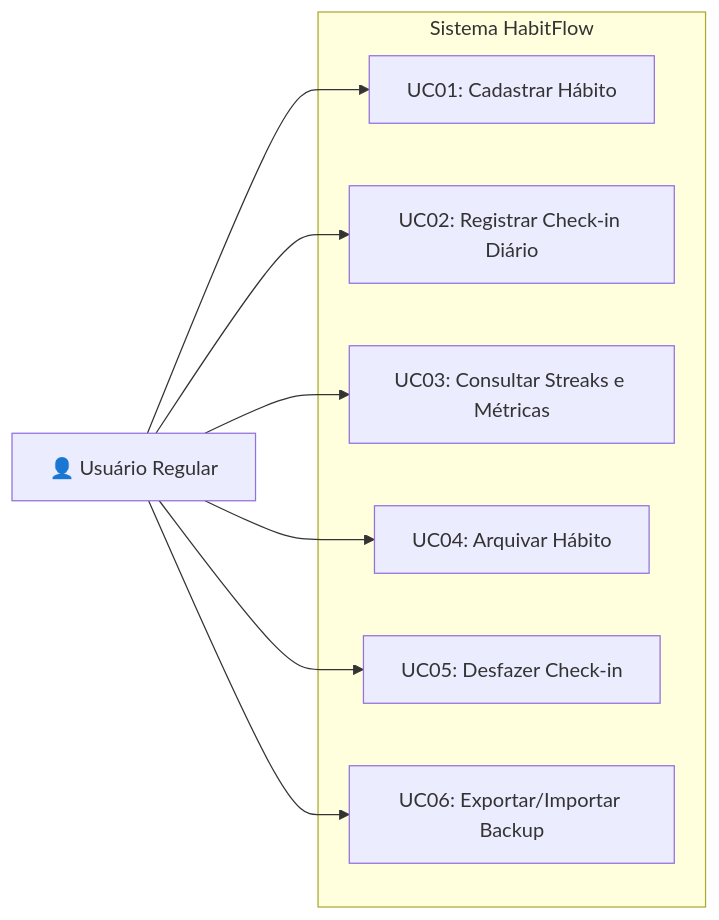
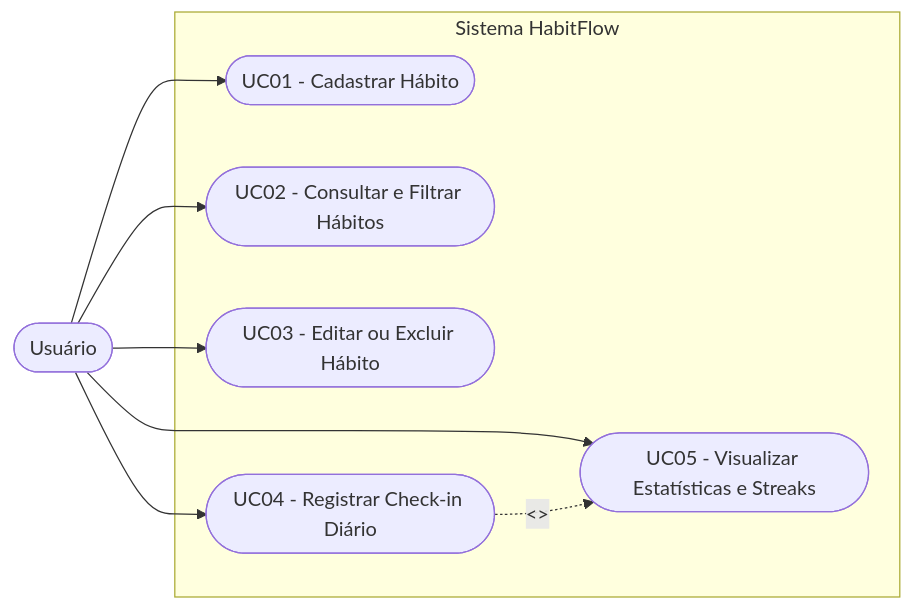
The diagram in docs/casos-de-uso.md (gabresantts/habitflow), drawn with Mermaid before and after one commit. The commit also changed other lines of this file, not shown here.

````diff
--- a/docs/casos-de-uso.md
+++ b/docs/casos-de-uso.md
@@ -18,20 +18,19 @@
 ```mermaid
 flowchart LR
-    User["👤 Usuário Regular"]
+    User(["Usuário"])
     
-    subgraph HabitFlow["Sistema HabitFlow"]
-        UC01["UC01: Cadastrar Hábito"]
-        UC02["UC02: Registrar Check-in Diário"]
-        UC03["UC03: Consultar Streaks e Métricas"]
-        UC04["UC04: Arquivar Hábito"]
-        UC05["UC05: Desfazer Check-in"]
-        UC06["UC06: Exportar/Importar Backup"]
+    subgraph HabitFlow ["Sistema HabitFlow"]
+        UC01(["UC01 - Cadastrar Hábito"])
+        UC02(["UC02 - Consultar e Filtrar Hábitos"])
+        UC03(["UC03 - Editar ou Excluir Hábito"])
+        UC04(["UC04 - Registrar Check-in Diário"])
+        UC05(["UC05 - Visualizar Estatísticas e Streaks"])
     end
-    
+
     User --> UC01
     User --> UC02
     User --> UC03
     User --> UC04
     User --> UC05
-    User --> UC06
+    UC04 -. "<<include>>" .-> UC05
 ```
````
